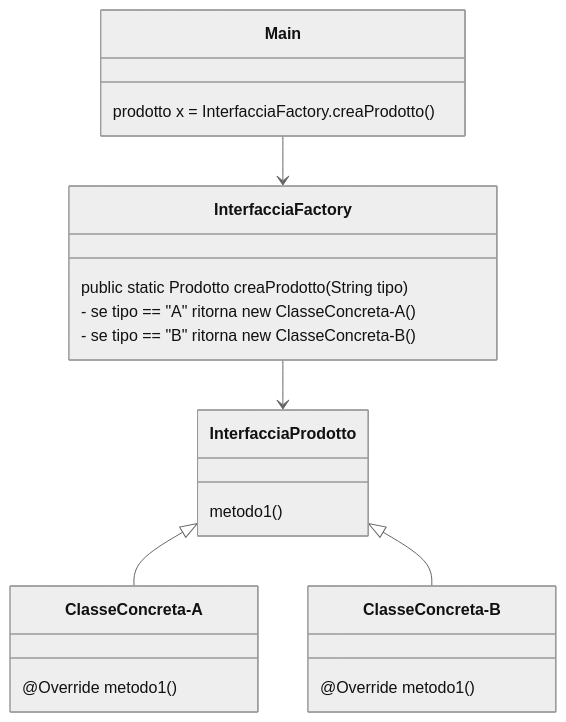
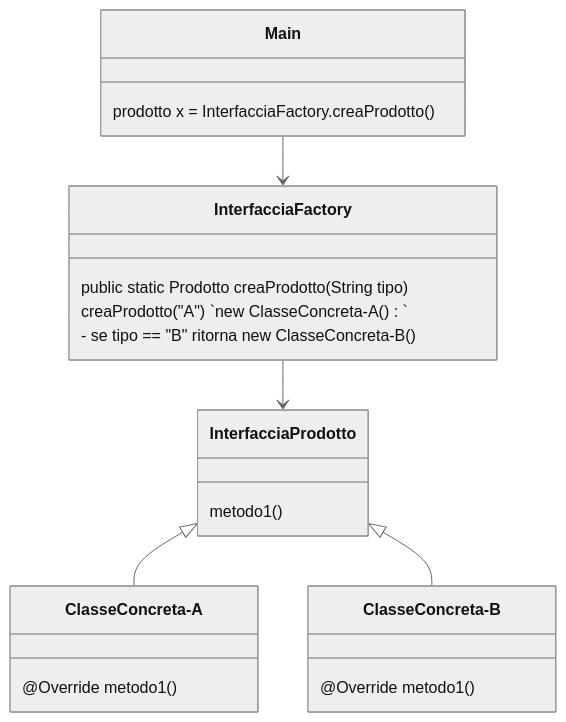
Before and after one commit to comarandr/comarandr.github.io: the first of 5 diagrams in universita/oop.md, drawn with Mermaid (neutral theme). The commit also changed other lines of this file and 3 other files, not shown here.

````diff
--- a/universita/oop.md
+++ b/universita/oop.md
@@ -1030,27 +567,27 @@
 ```mermaid
 classDiagram
     class InterfacciaProdotto{
         metodo1()
     }
     class ClasseConcreta-A{
         @Override metodo1()
     }
     class ClasseConcreta-B{
         @Override metodo1()
     }
     class InterfacciaFactory{ 
         public static Prodotto creaProdotto(String tipo)
-        - se tipo == "A" ritorna new ClasseConcreta-A()
+        creaProdotto("A") `new ClasseConcreta-A()`
         - se tipo == "B" ritorna new ClasseConcreta-B()
     }
 
     class Main{
         prodotto x = InterfacciaFactory.creaProdotto()
     }
 
 
     InterfacciaProdotto <|-- ClasseConcreta-A
     InterfacciaProdotto <|-- ClasseConcreta-B
     InterfacciaFactory --> InterfacciaProdotto
     Main --> InterfacciaFactory
 ```
````
